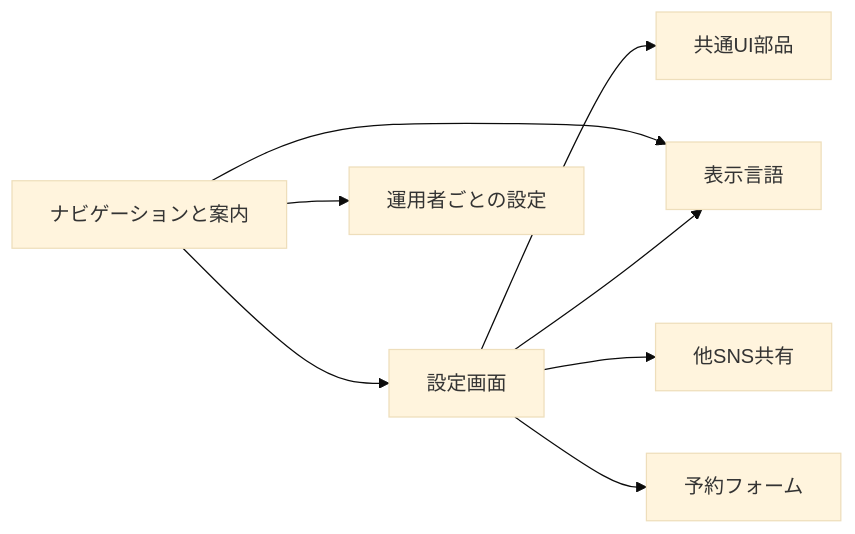
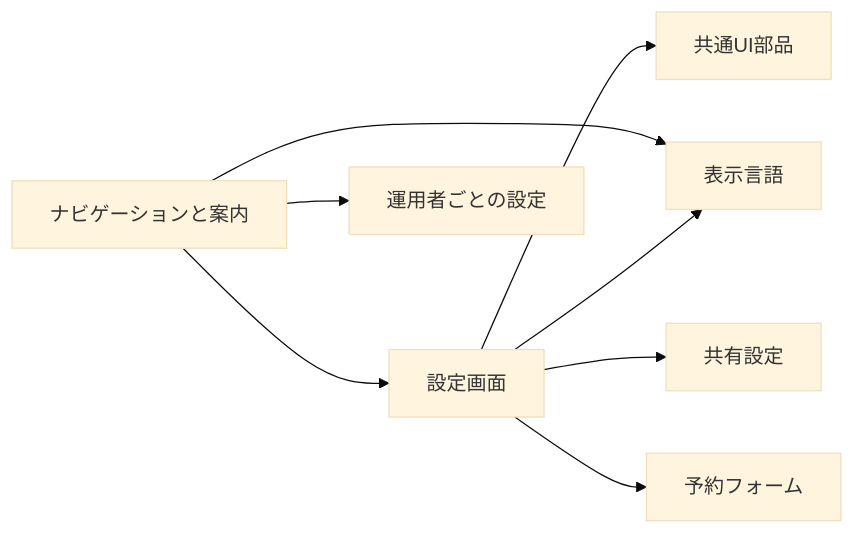
One commit to nekono-dev/skyshare changed the first of 5 diagrams in docs/architecture/app-shell.md. Above: the diagram before and after it, drawn with Mermaid (base theme). The commit also changed other lines of this file and 15 other files, not shown here.

````diff
--- a/docs/architecture/app-shell.md
+++ b/docs/architecture/app-shell.md
@@ -25,10 +25,10 @@
 ```mermaid
 flowchart LR
   nav["ナビゲーションと案内"] --> settings["設定画面"]
   nav --> i18n["表示言語"]
   nav --> site["運用者ごとの設定"]
   settings --> ui["共通UI部品"]
   settings --> i18n
-  settings --> share["他SNS共有"]
+  settings --> share["共有設定"]
   settings --> schedule["予約フォーム"]
 ```
````
